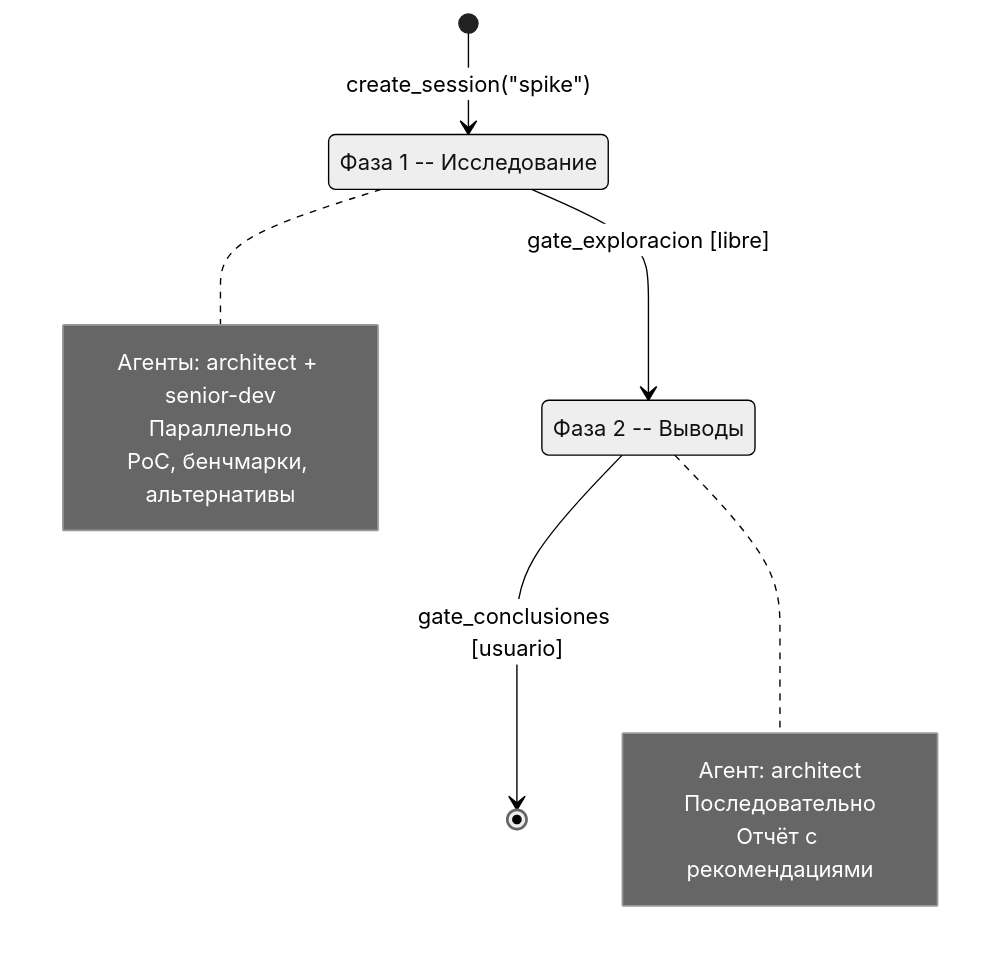
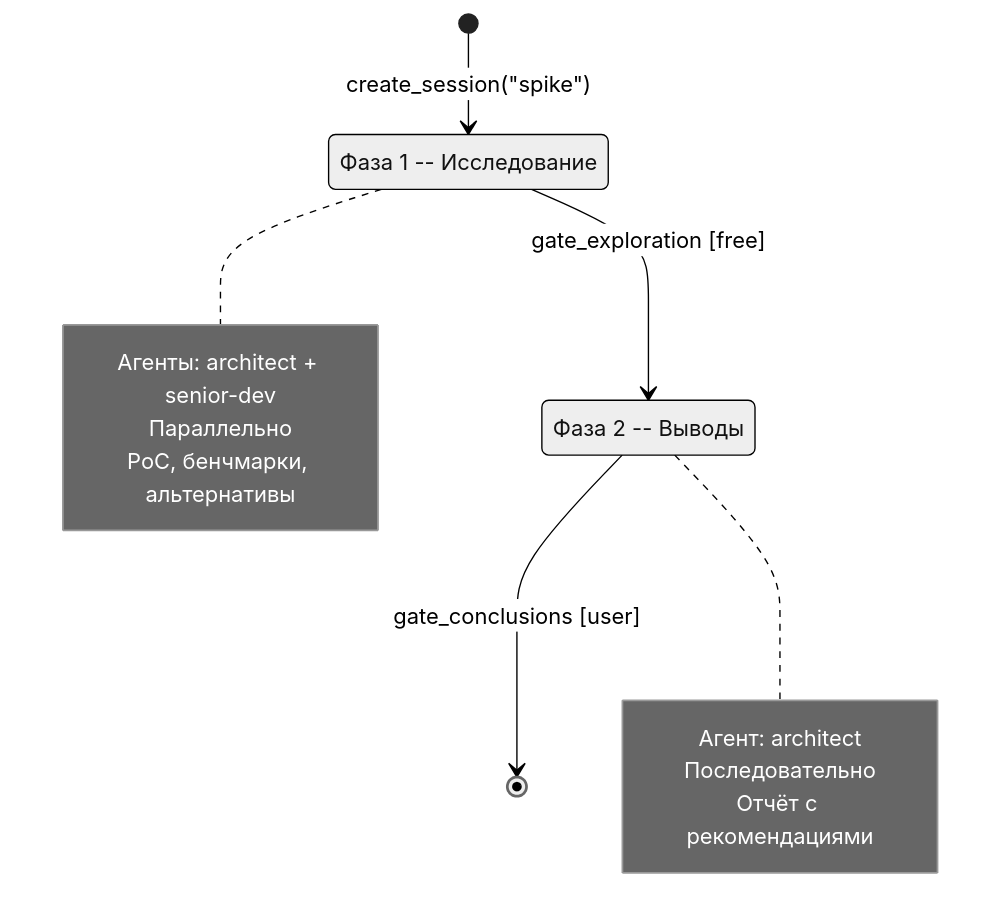
Before and after one commit to grigoriev/alfred-dev: the fifth of 7 diagrams in docs/flows.md, drawn with Mermaid (neutral theme). The commit also changed other lines of this file and 106 other files, not shown here.

````diff
--- a/docs/flows.md
+++ b/docs/flows.md
@@ -462,24 +462,24 @@
 ```mermaid
 stateDiagram-v2
     direction TB
 
-    [*] --> exploracion: create_session("spike")
+    [*] --> exploration: create_session("spike")
 
-    state "Фаза 1 -- Исследование" as exploracion
-    state "Фаза 2 -- Выводы" as conclusiones
+    state "Фаза 1 -- Исследование" as exploration
+    state "Фаза 2 -- Выводы" as conclusions
 
-    exploracion --> conclusiones: gate_exploracion [libre]
-    conclusiones --> [*]: gate_conclusiones [usuario]
+    exploration --> conclusions: gate_exploration [free]
+    conclusions --> [*]: gate_conclusions [user]
 
-    note right of exploracion
+    note right of exploration
         Агенты: architect + senior-dev
         Параллельно
         PoC, бенчмарки, альтернативы
     end note
 
-    note right of conclusiones
+    note right of conclusions
         Агент: architect
         Последовательно
         Отчёт с рекомендациями
     end note
 ```
````
